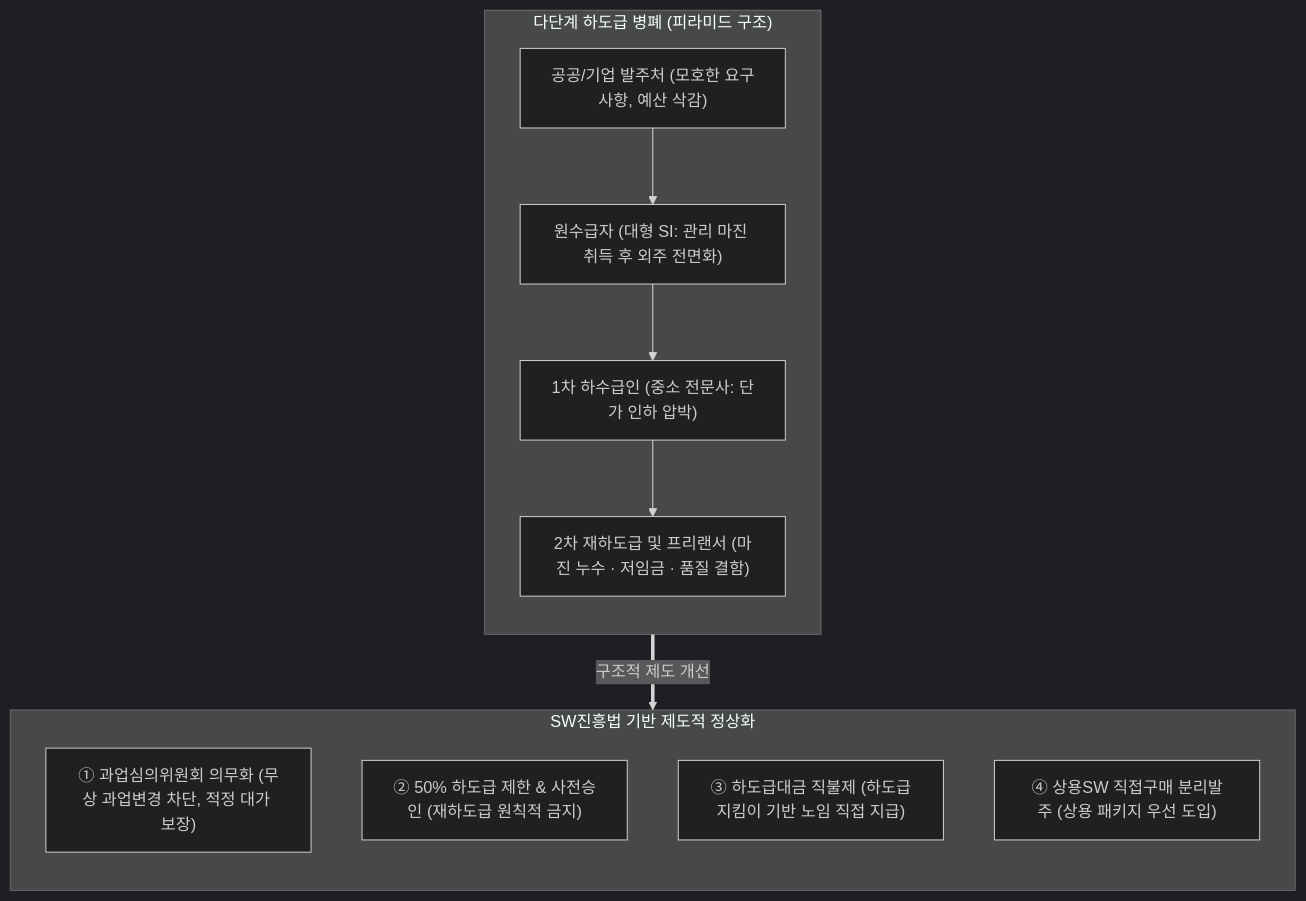
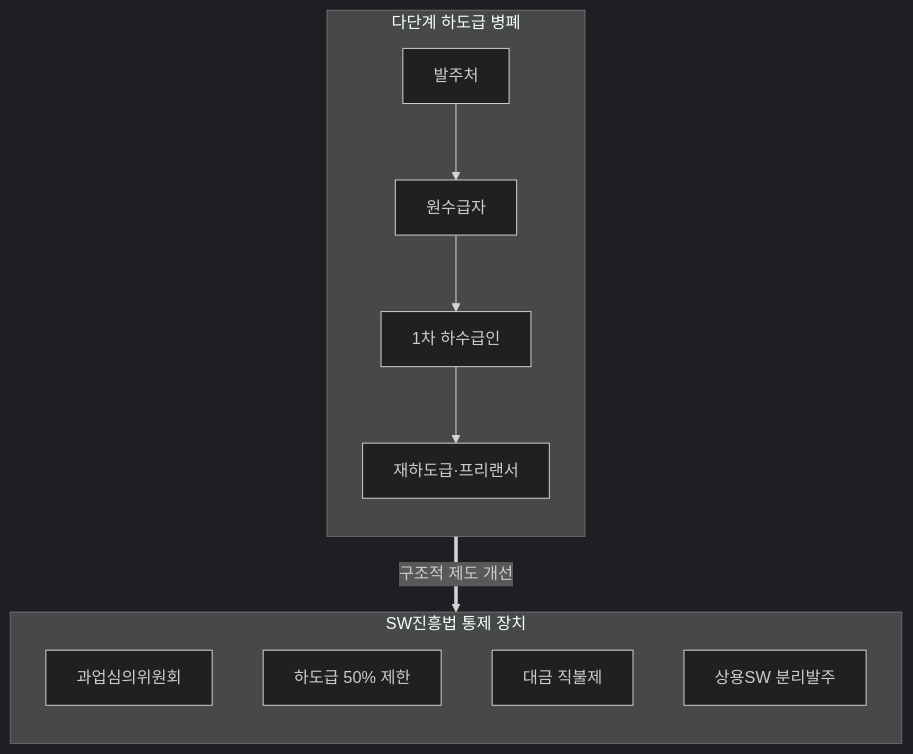
One commit to agnusdei1207/study changed the first of 2 diagrams in src/content/docs/notes/itpe/01-it-strategy/086_it_service_industry_characteristics.md. Above: the diagram before and after it, drawn with Mermaid (dark theme). The commit also changed other lines of this file and 18 other files, not shown here.

````diff
--- a/src/content/docs/notes/itpe/01-it-strategy/086_it_service_industry_characteristics.md
+++ b/src/content/docs/notes/itpe/01-it-strategy/086_it_service_industry_characteristics.md
@@ -58,21 +60,17 @@
 ```mermaid
 flowchart TD
-    subgraph ISSUE["다단계 하도급 병폐 (피라미드 구조)"]
+    subgraph ISSUE["다단계 하도급 병폐"]
         direction TB
-        L1["공공/기업 발주처 (모호한 요구사항, 예산 삭감)"]
-        L2["원수급자 (대형 SI: 관리 마진 취득 후 외주 전면화)"]
-        L3["1차 하수급인 (중소 전문사: 단가 인하 압박)"]
-        L4["2차 재하도급 및 프리랜서 (마진 누수 · 저임금 · 품질 결함)"]
-        L1 --> L2 --> L3 --> L4
+        L1["발주처"] --> L2["원수급자"] --> L3["1차 하수급인"] --> L4["재하도급·프리랜서"]
     end
 
-    subgraph SOLUTION["SW진흥법 기반 제도적 정상화"]
+    subgraph SOLUTION["SW진흥법 통제 장치"]
         direction TB
-        S1["① 과업심의위원회 의무화 (무상 과업변경 차단, 적정 대가 보장)"]
-        S2["② 50% 하도급 제한 & 사전승인 (재하도급 원칙적 금지)"]
-        S3["③ 하도급대금 직불제 (하도급지킴이 기반 노임 직접 지급)"]
-        S4["④ 상용SW 직접구매 분리발주 (상용 패키지 우선 도입)"]
+        S1["과업심의위원회"]
+        S2["하도급 50% 제한"]
+        S3["대금 직불제"]
+        S4["상용SW 분리발주"]
     end
 
     ISSUE ==>|구조적 제도 개선| SOLUTION
 ```
````
